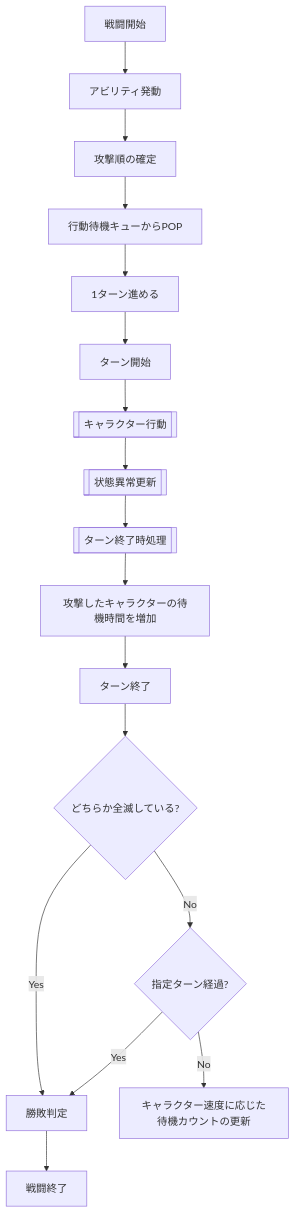
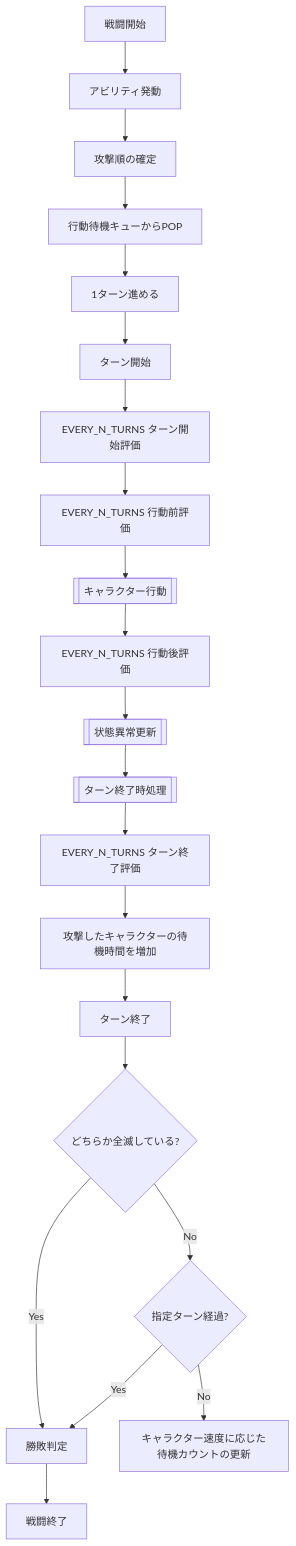
One commit to ReHydrangeaOdyssey/Specifications changed the first of 5 diagrams in design/game/battle.md. Above: the diagram before and after it, drawn with Mermaid. The commit also changed other lines of this file and 18 other files, not shown here.

````diff
--- a/design/game/battle.md
+++ b/design/game/battle.md
@@ -6,28 +6,32 @@
 ```mermaid
 flowchart TD;
     Start[戦闘開始];
     End[戦闘終了];
     TrunStart[ターン開始];
+    TurnStartAbility[EVERY_N_TURNS ターン開始評価];
+    BeforeActionAbility[EVERY_N_TURNS 行動前評価];
+    AfterActionAbility[EVERY_N_TURNS 行動後評価];
+    TurnEndAbility[EVERY_N_TURNS ターン終了評価];
     TrunEnd[ターン終了];
     Judgment[勝敗判定]
     CheckTurnLimit{指定ターン経過?};
     CheckAnnihilation{どちらか全滅している?};
     DetermineOrder[攻撃順の確定];
     PopQueue[行動待機キューからPOP];
     CharacterAttack[[キャラクター行動]];
     Ability[アビリティ発動];
     AddWaitCount[攻撃したキャラクターの待機時間を増加];
     NextTurn[1ターン進める];
     UpdateWaitCount[キャラクター速度に応じた待機カウントの更新];
     UpdateStatusAbnormality[[状態異常更新]];
     UpdateTurnEndEffect[[ターン終了時処理]];
 
-    Start --> Ability --> DetermineOrder --> PopQueue --> NextTurn 
-    NextTurn--> TrunStart --> CharacterAttack --> UpdateStatusAbnormality --> UpdateTurnEndEffect --> AddWaitCount --> TrunEnd
+    Start --> Ability --> DetermineOrder --> PopQueue --> NextTurn
+    NextTurn --> TrunStart --> TurnStartAbility --> BeforeActionAbility --> CharacterAttack --> AfterActionAbility --> UpdateStatusAbnormality --> UpdateTurnEndEffect --> TurnEndAbility --> AddWaitCount --> TrunEnd
     TrunEnd --> CheckAnnihilation
     CheckAnnihilation -- Yes --> Judgment;
     CheckAnnihilation -- No --> CheckTurnLimit;
     CheckTurnLimit -- Yes --> Judgment;
     CheckTurnLimit -- No --> UpdateWaitCount;
     Judgment --> End
 ```
````
